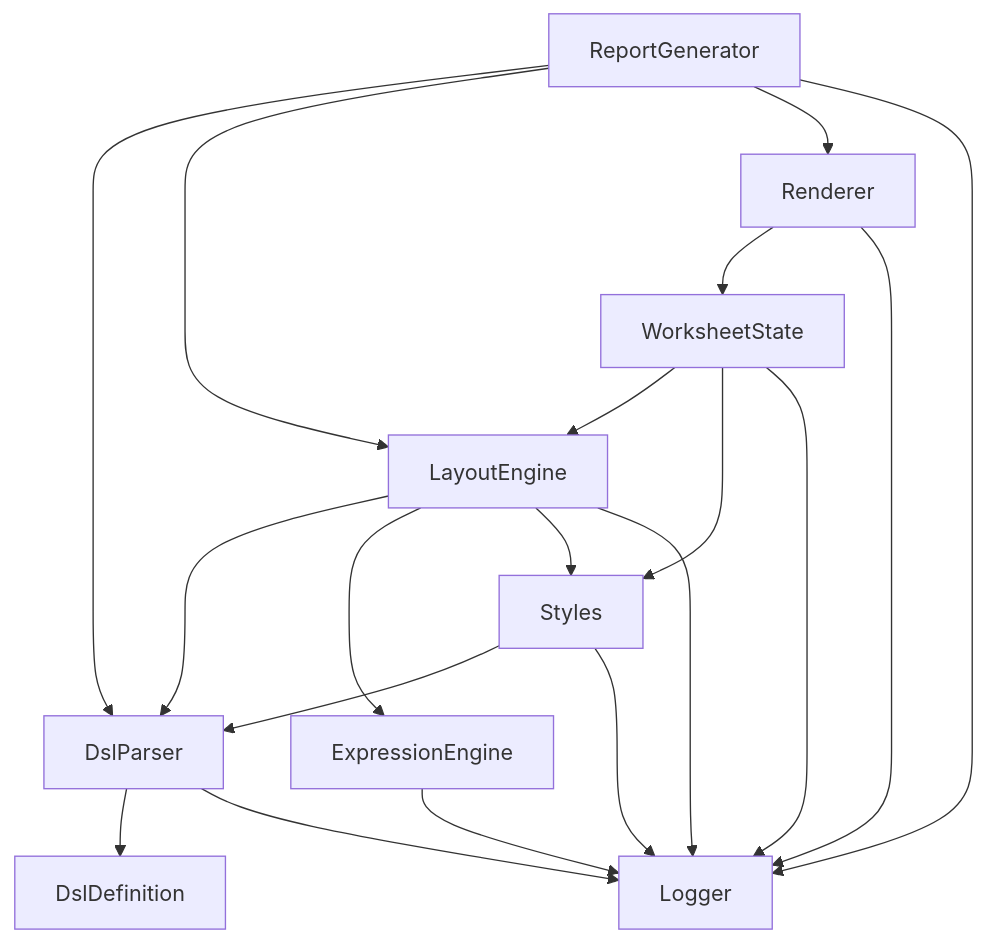
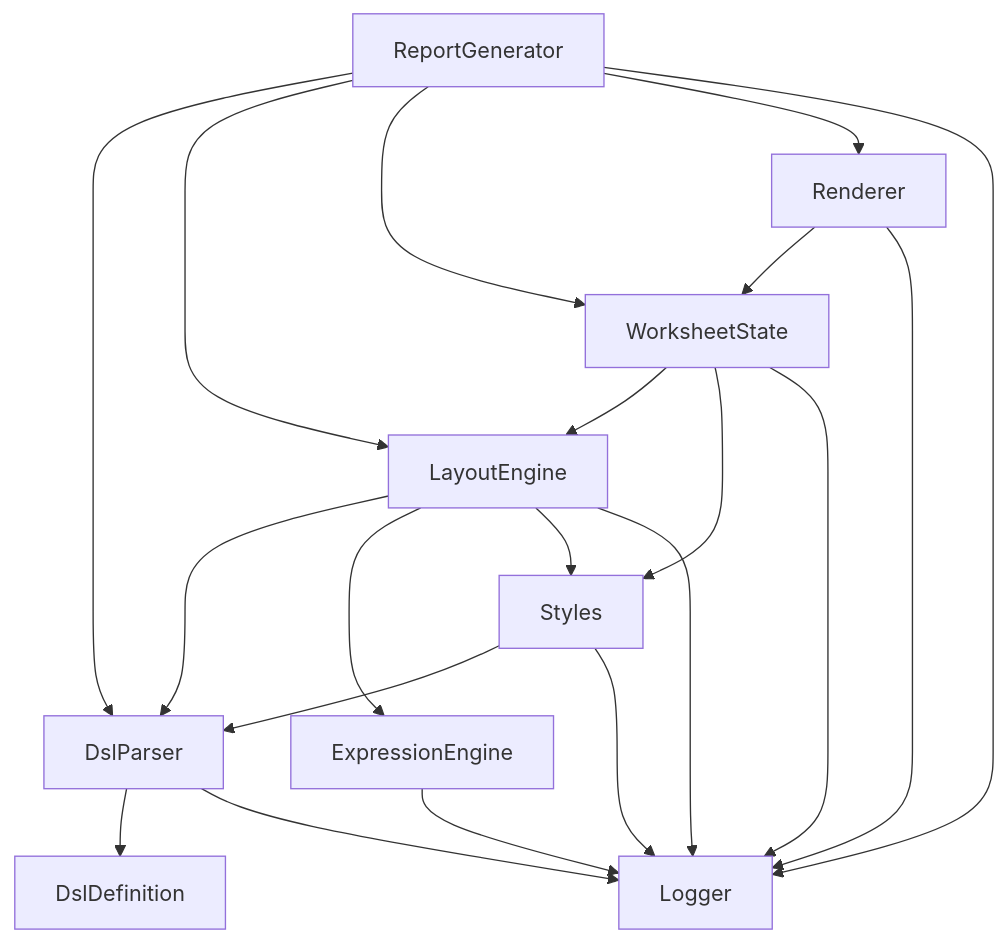
Before and after one commit to ssaattww/ExcelReport: the diagram in Design/BasicDesign_v1.md, drawn with Mermaid. The commit also changed other lines of this file, not shown here.

````diff
--- a/Design/BasicDesign_v1.md
+++ b/Design/BasicDesign_v1.md
@@ -209,27 +208,28 @@
 ```mermaid
 flowchart TD
     ReportGenerator --> DslParser
     ReportGenerator --> LayoutEngine
+    ReportGenerator --> WorksheetState
     ReportGenerator --> Renderer
     ReportGenerator --> Logger
 
     DslParser --> DslDefinition
     DslParser --> Logger
 
     Styles --> DslParser
     Styles --> Logger
 
     ExpressionEngine --> Logger
 
     LayoutEngine --> DslParser
     LayoutEngine --> ExpressionEngine
     LayoutEngine --> Styles
     LayoutEngine --> Logger
 
     WorksheetState --> LayoutEngine
     WorksheetState --> Styles
     WorksheetState --> Logger
 
     Renderer --> WorksheetState
     Renderer --> Logger
 ```
````
